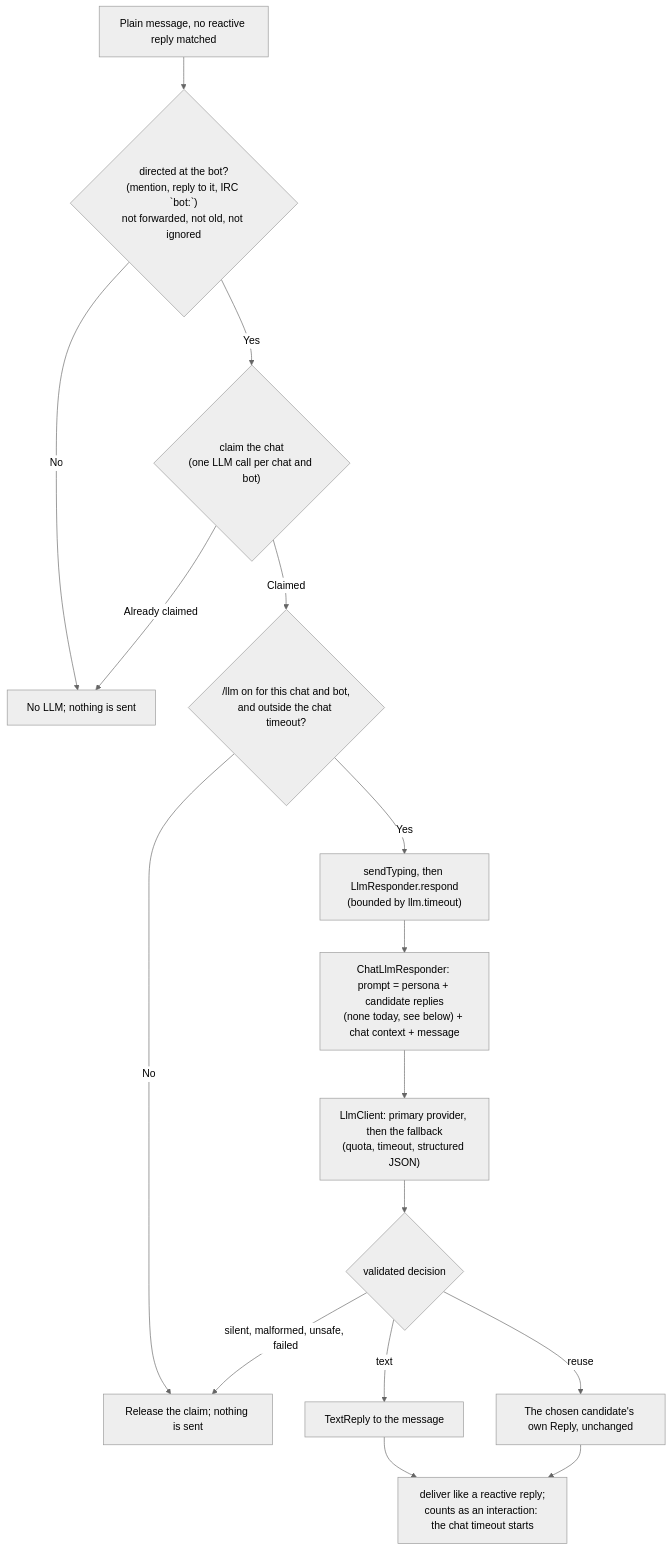
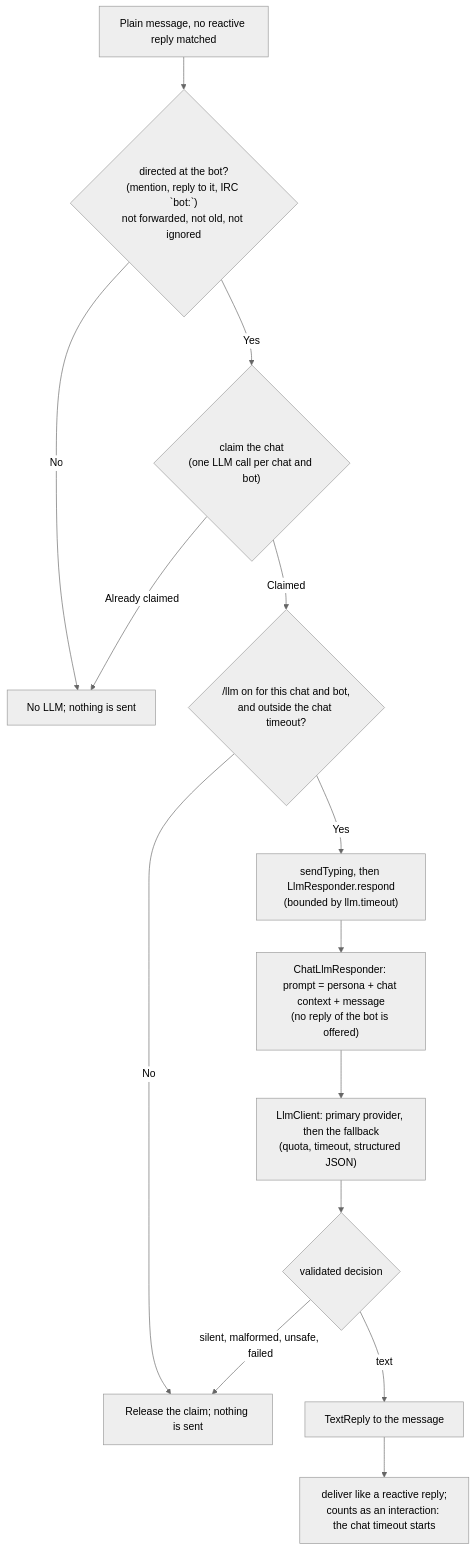
The third of 7 diagrams in docs/bot-logic-overview.md (benkio/sBots), drawn with Mermaid (neutral theme) before and after one commit. The commit also changed other lines of this file and 49 other files, not shown here.

````diff
--- a/docs/bot-logic-overview.md
+++ b/docs/bot-logic-overview.md
@@ -150,18 +150,16 @@
 ```mermaid
 flowchart TD
   A["Plain message, no reactive reply matched"] --> B{"directed at the bot?<br/>(mention, reply to it, IRC `bot:`)<br/>not forwarded, not old, not ignored"}
   B -->|No| Z["No LLM; nothing is sent"]
   B -->|Yes| C{"claim the chat<br/>(one LLM call per chat and bot)"}
   C -->|Already claimed| Z
   C -->|Claimed| D{"/llm on for this chat and bot,<br/>and outside the chat timeout?"}
   D -->|No| Y["Release the claim; nothing is sent"]
   D -->|Yes| E["sendTyping, then LlmResponder.respond<br/>(bounded by llm.timeout)"]
-  E --> F["ChatLlmResponder: prompt = persona + candidate replies<br/>(none today, see below) + chat context + message"]
+  E --> F["ChatLlmResponder: prompt = persona + chat context + message<br/>(no reply of the bot is offered)"]
   F --> G["LlmClient: primary provider, then the fallback<br/>(quota, timeout, structured JSON)"]
   G --> H{"validated decision"}
   H -->|text| I["TextReply to the message"]
-  H -->|reuse| J["The chosen candidate's own Reply, unchanged"]
   H -->|silent, malformed, unsafe, failed| Y
   I --> K["deliver like a reactive reply;<br/>counts as an interaction: the chat timeout starts"]
-  J --> K
 ```
````
